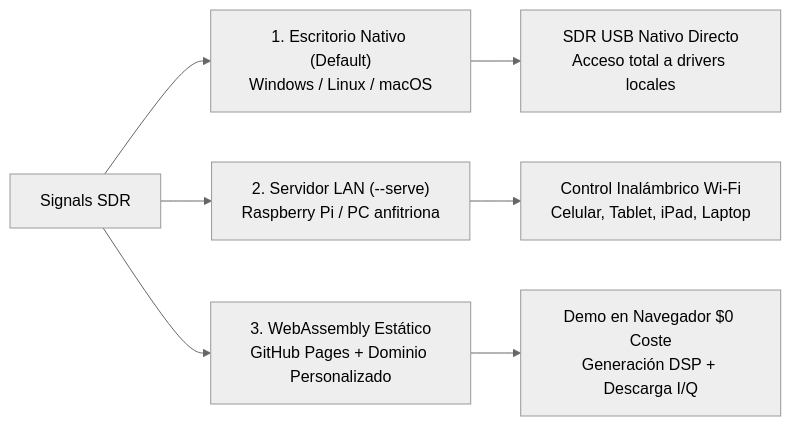
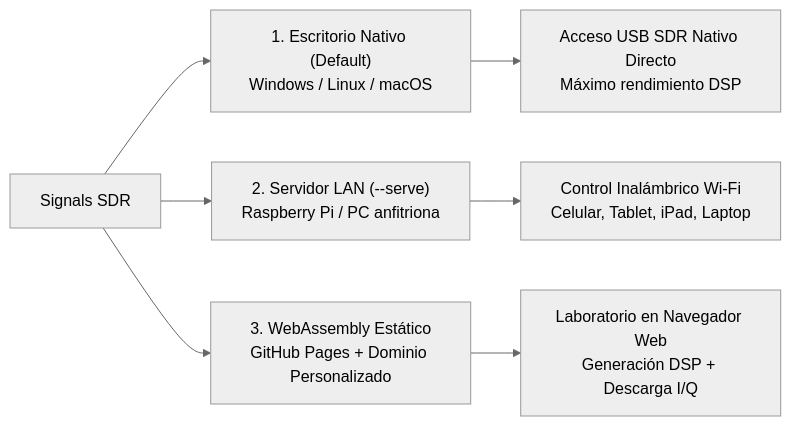
The third of 3 diagrams in docs/ARCHITECTURE.md (tcasaniv/signals-sdr), drawn with Mermaid (neutral theme) before and after one commit. The commit also changed other lines of this file and 8 other files, not shown here.

Commit message:
docs: comprehensive update to README, ROADMAP, ARCHITECTURE and custom rustdoc

````diff
--- a/docs/ARCHITECTURE.md
+++ b/docs/ARCHITECTURE.md
@@ -63,10 +118,10 @@
 ```mermaid
 flowchart LR
     A["Signals SDR"] --> B["1. Escritorio Nativo (Default)<br/>Windows / Linux / macOS"]
     A --> C["2. Servidor LAN (--serve)<br/>Raspberry Pi / PC anfitriona"]
     A --> D["3. WebAssembly Estático<br/>GitHub Pages + Dominio Personalizado"]
 
-    B --> B1["SDR USB Nativo Directo<br/>Acceso total a drivers locales"]
+    B --> B1["Acceso USB SDR Nativo Directo<br/>Máximo rendimiento DSP"]
     C --> C1["Control Inalámbrico Wi-Fi<br/>Celular, Tablet, iPad, Laptop"]
-    D --> D1["Demo en Navegador $0 Coste<br/>Generación DSP + Descarga I/Q"]
+    D --> D1["Laboratorio en Navegador Web<br/>Generación DSP + Descarga I/Q"]
 ```
````
